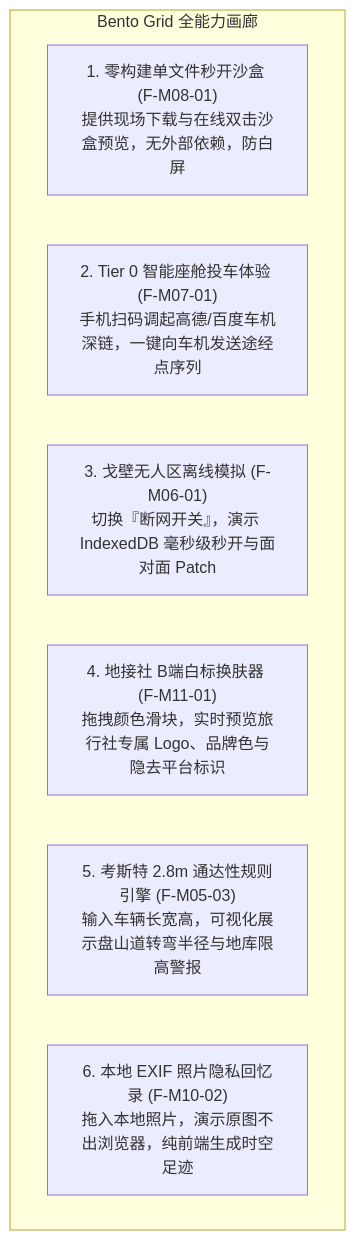
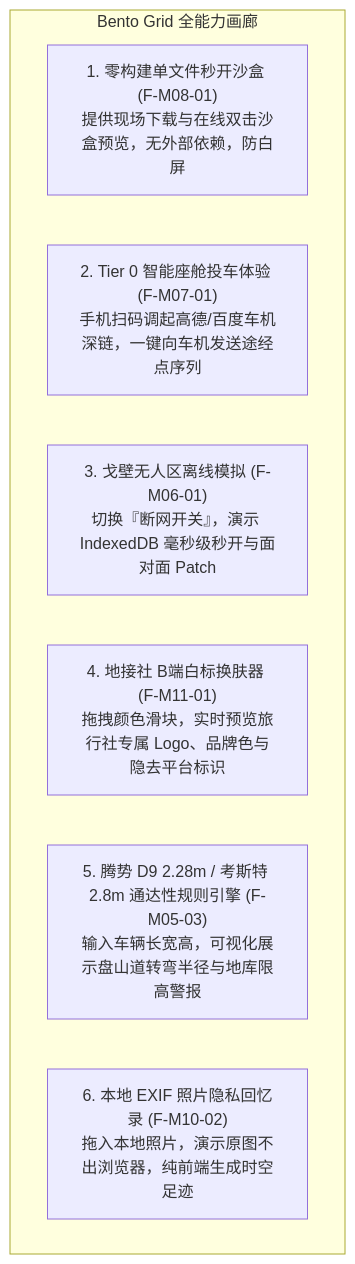
One commit to JohnMaxwell0123/TripCraft changed the fourth of 4 diagrams in docs/SHOWCASE-web-design.md. Above: the diagram before and after it, drawn with Mermaid. The commit also changed other lines of this file and 4 other files, not shown here.

````diff
--- a/docs/SHOWCASE-web-design.md
+++ b/docs/SHOWCASE-web-design.md
@@ -219,11 +232,11 @@
 ```mermaid
 graph TD
     subgraph BENTO["Bento Grid 全能力画廊"]
         B1["1. 零构建单文件秒开沙盒 (F-M08-01)<br/>提供现场下载与在线双击沙盒预览，无外部依赖，防白屏"]
         B2["2. Tier 0 智能座舱投车体验 (F-M07-01)<br/>手机扫码调起高德/百度车机深链，一键向车机发送途经点序列"]
         B3["3. 戈壁无人区离线模拟 (F-M06-01)<br/>切换『断网开关』，演示 IndexedDB 毫秒级秒开与面对面 Patch"]
         B4["4. 地接社 B端白标换肤器 (F-M11-01)<br/>拖拽颜色滑块，实时预览旅行社专属 Logo、品牌色与隐去平台标识"]
-        B5["5. 考斯特 2.8m 通达性规则引擎 (F-M05-03)<br/>输入车辆长宽高，可视化展示盘山道转弯半径与地库限高警报"]
+        B5["5. 腾势 D9 2.28m / 考斯特 2.8m 通达性规则引擎 (F-M05-03)<br/>输入车辆长宽高，可视化展示盘山道转弯半径与地库限高警报"]
         B6["6. 本地 EXIF 照片隐私回忆录 (F-M10-02)<br/>拖入本地照片，演示原图不出浏览器，纯前端生成时空足迹"]
     end
 ```
````
